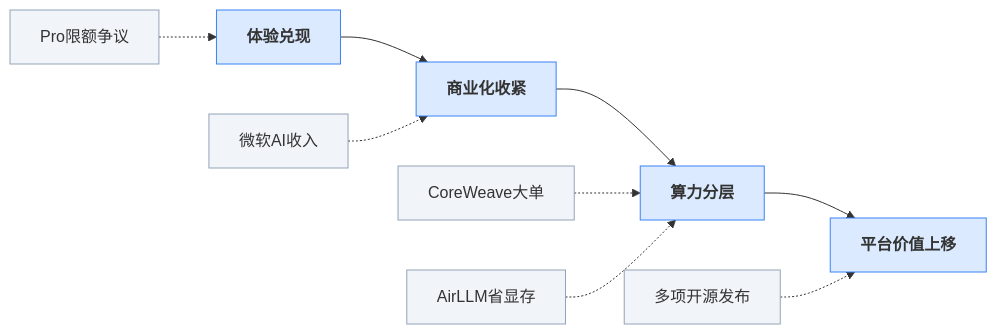
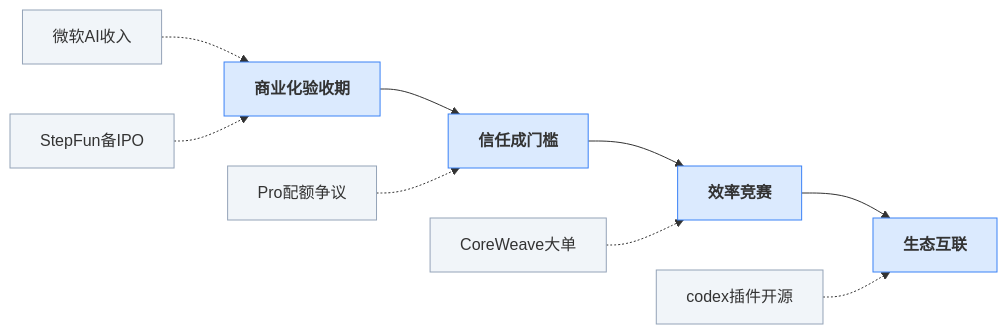
Before and after one commit to ylzsdafei/ai-daily-site: the seventh of 7 diagrams in content/cn/blog/weekly/2026-W16.md, drawn with Mermaid. The commit also changed other lines of this file and 2 other files, not shown here.

Commit message:
fix: 展开详细图谱改超链接样式 + 更新周报内容

````diff
--- a/content/cn/blog/weekly/2026-W16.md
+++ b/content/cn/blog/weekly/2026-W16.md
@@ -235,13 +231,13 @@
 ```mermaid
 graph LR
-A[体验兑现] --> B[商业化收紧] --> C[算力分层] --> D[平台价值上移]
-E[Pro限额争议] -.-> A
-F[微软AI收入] -.-> B
-G[CoreWeave大单] -.-> C
-H[AirLLM省显存] -.-> C
-I[多项开源发布] -.-> D
-classDef blue fill:#dbeafe,stroke:#3b82f6,font-weight:bold
-classDef gray fill:#f1f5f9,stroke:#94a3b8
-class A,B,C,D blue
-class E,F,G,H,I gray
+A[商业化验收期] --> B[信任成门槛] --> C[效率竞赛] --> D[生态互联]
+E[微软AI收入] -.-> A
+F[StepFun备IPO] -.-> A
+G[Pro配额争议] -.-> B
+H[CoreWeave大单] -.-> C
+I[codex插件开源] -.-> D
+classDef main fill:#dbeafe,stroke:#3b82f6,font-weight:bold
+classDef event fill:#f1f5f9,stroke:#94a3b8
+class A,B,C,D main
+class E,F,G,H,I event
 ```
````
